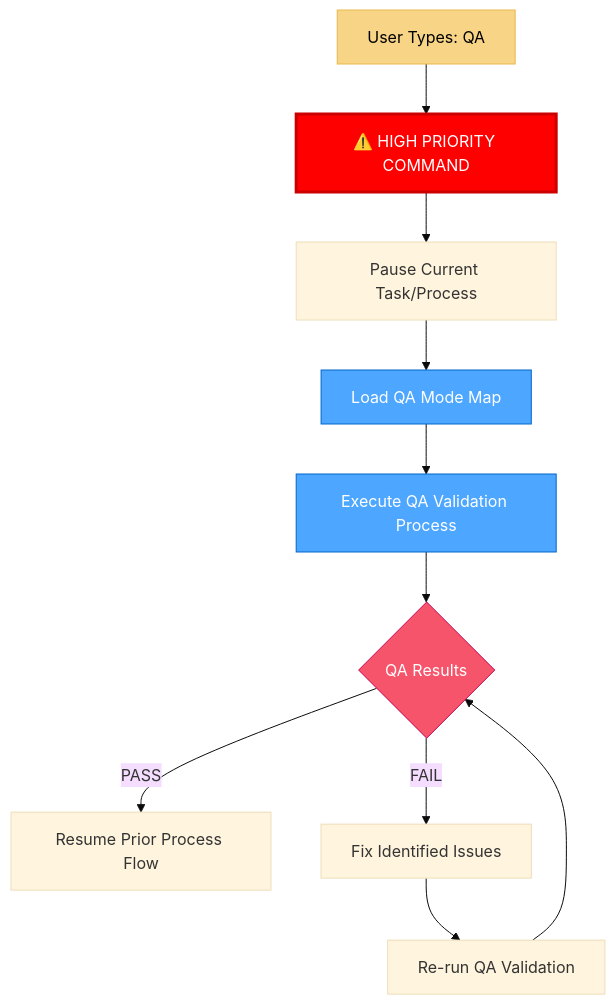
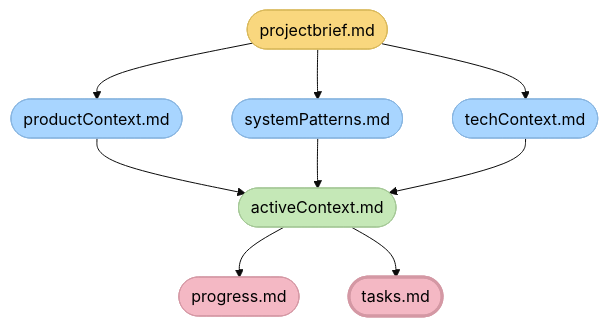
The second of 2 diagrams in .github/instructions/memory-bank/isolation_instructions/visual-maps/van-mode-map.instructions.md (bradcstevens/github-copilot-agent-mode-starter-kit), drawn with Mermaid (base theme) before and after one commit. The commit also changed other lines of this file, not shown here.

````diff
--- a/.github/instructions/memory-bank/isolation_instructions/visual-maps/van-mode-map.instructions.md
+++ b/.github/instructions/memory-bank/isolation_instructions/visual-maps/van-mode-map.instructions.md
@@ -252,19 +169,19 @@
 ```mermaid
-graph TD
-    UserQA["User Types: QA"] --> HighPriority["⚠️ HIGH PRIORITY COMMAND"]
-    HighPriority --> CurrentTask["Pause Current Task/Process"]
-    CurrentTask --> LoadQA["Load QA Mode Map"]
-    LoadQA --> RunQA["Execute QA Validation Process"]
-    RunQA --> QAResults{"QA Results"}
+flowchart TD
+    PB([projectbrief.md]) --> PC([productContext.md])
+    PB --> SP([systemPatterns.md])
+    PB --> TC([techContext.md])
     
-    QAResults -->|"PASS"| ResumeFlow["Resume Prior Process Flow"]
-    QAResults -->|"FAIL"| FixIssues["Fix Identified Issues"]
-    FixIssues --> ReRunQA["Re-run QA Validation"]
-    ReRunQA --> QAResults
+    PC & SP & TC --> AC([activeContext.md])
     
-    style UserQA fill:#f8d486,stroke:#e8b84d,color:black
-    style HighPriority fill:#ff0000,stroke:#cc0000,color:white,stroke-width:3px
-    style LoadQA fill:#4da6ff,stroke:#0066cc,color:white
-    style RunQA fill:#4da6ff,stroke:#0066cc,color:white
-    style QAResults fill:#f6546a,stroke:#c30052,color:white
+    AC --> P([progress.md])
+    AC --> Tasks([tasks.md])
+
+    style PB fill:#f9d77e,stroke:#d9b95c,color:black
+    style PC fill:#a8d5ff,stroke:#88b5e0,color:black
+    style SP fill:#a8d5ff,stroke:#88b5e0,color:black
+    style TC fill:#a8d5ff,stroke:#88b5e0,color:black
+    style AC fill:#c5e8b7,stroke:#a5c897,color:black
+    style P fill:#f4b8c4,stroke:#d498a4,color:black
+    style Tasks fill:#f4b8c4,stroke:#d498a4,stroke-width:3px,color:black
 ```
````
